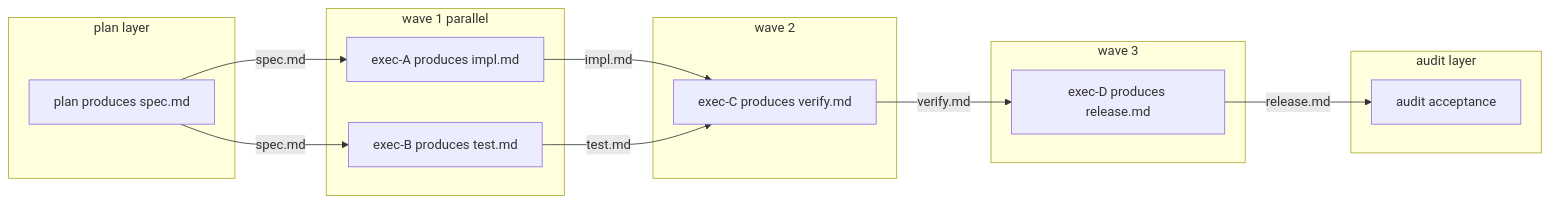
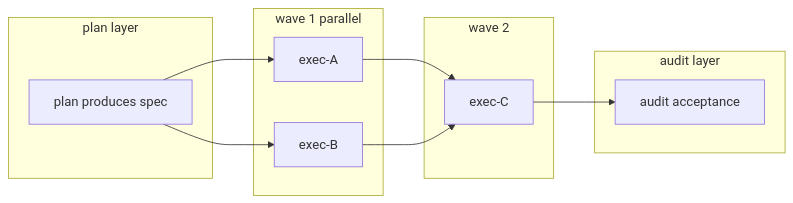
The diagram in README.en.md (Punky971210/dsh-punky-swarm), drawn with Mermaid before and after one commit. The commit also changed other lines of this file and 5 other files, not shown here.

````diff
--- a/README.en.md
+++ b/README.en.md
@@ -43,25 +41,21 @@
 ```mermaid
 flowchart LR
   subgraph PLAN[plan layer]
-    P["plan produces spec.md"]
+    P["plan produces spec"]
   end
   subgraph W1[wave 1 parallel]
-    A1["exec-A produces impl.md"]
-    A2["exec-B produces test.md"]
+    A1["exec-A"]
+    A2["exec-B"]
   end
   subgraph W2[wave 2]
-    A3["exec-C produces verify.md"]
-  end
-  subgraph W3[wave 3]
-    A4["exec-D produces release.md"]
+    A3["exec-C"]
   end
   subgraph AUDIT[audit layer]
     AU["audit acceptance"]
   end
-  P -->|"spec.md"| A1
-  P -->|"spec.md"| A2
-  A1 -->|"impl.md"| A3
-  A2 -->|"test.md"| A3
-  A3 -->|"verify.md"| A4
-  A4 -->|"release.md"| AU
+  P --> A1
+  P --> A2
+  A1 --> A3
+  A2 --> A3
+  A3 --> AU
 ```
````
